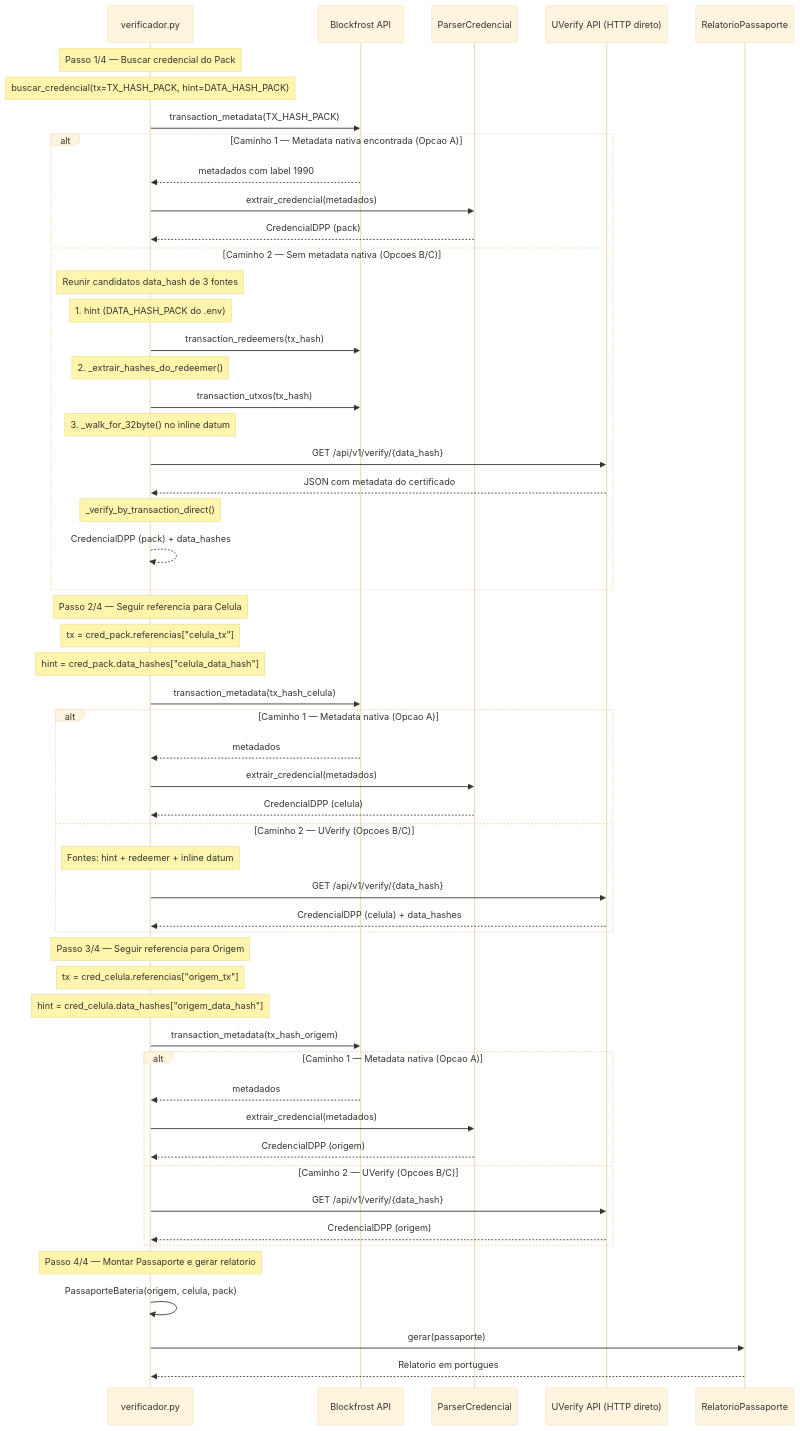
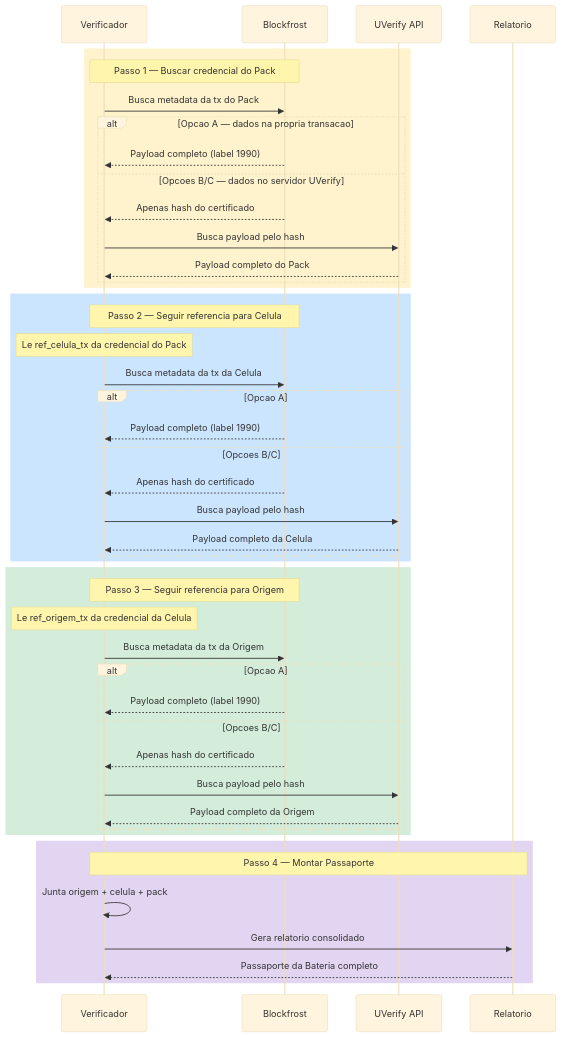
One commit to darlisagc/cardano-battery-passport changed the fourth of 5 diagrams in arquitetura-dpp.md. Above: the diagram before and after it, drawn with Mermaid (base theme).

Commit message:
Rewrite verificador sequence diagram with descriptive labels and colors
Replaced function names and internal variables with plain language
descriptions and color-coded sections for each verification step.

````diff
--- a/arquitetura-dpp.md
+++ b/arquitetura-dpp.md
@@ -259,60 +259,52 @@
 ```mermaid
 sequenceDiagram
-    participant V as verificador.py
-    participant BF as Blockfrost API
-    participant PC as ParserCredencial
-    participant UV as UVerify API (HTTP direto)
-    participant R as RelatorioPassaporte
+    participant V as Verificador
+    participant BF as Blockfrost
+    participant UV as UVerify API
+    participant R as Relatorio
 
-    Note over V: Passo 1/4 — Buscar credencial do Pack
-    Note over V: buscar_credencial(tx=TX_HASH_PACK, hint=DATA_HASH_PACK)
-    V->>BF: transaction_metadata(TX_HASH_PACK)
-    alt Caminho 1 — Metadata nativa encontrada (Opcao A)
-        BF-->>V: metadados com label 1990
-        V->>PC: extrair_credencial(metadados)
-        PC-->>V: CredencialDPP (pack)
-    else Caminho 2 — Sem metadata nativa (Opcoes B/C)
-        Note over V: Reunir candidatos data_hash de 3 fontes
-        Note over V: 1. hint (DATA_HASH_PACK do .env)
-        V->>BF: transaction_redeemers(tx_hash)
-        Note over V: 2. _extrair_hashes_do_redeemer()
-        V->>BF: transaction_utxos(tx_hash)
-        Note over V: 3. _walk_for_32byte() no inline datum
-        V->>UV: GET /api/v1/verify/{data_hash}
-        UV-->>V: JSON com metadata do certificado
-        Note over V: _verify_by_transaction_direct()
-        V-->>V: CredencialDPP (pack) + data_hashes
+    rect rgb(255, 243, 205)
+    Note over V,BF: Passo 1 — Buscar credencial do Pack
+    V->>BF: Busca metadata da tx do Pack
+    alt Opcao A — dados na propria transacao
+        BF-->>V: Payload completo (label 1990)
+    else Opcoes B/C — dados no servidor UVerify
+        BF-->>V: Apenas hash do certificado
+        V->>UV: Busca payload pelo hash
+        UV-->>V: Payload completo do Pack
+    end
     end
 
-    Note over V: Passo 2/4 — Seguir referencia para Celula
-    Note over V: tx = cred_pack.referencias["celula_tx"]
-    Note over V: hint = cred_pack.data_hashes["celula_data_hash"]
-    V->>BF: transaction_metadata(tx_hash_celula)
-    alt Caminho 1 — Metadata nativa (Opcao A)
-        BF-->>V: metadados
-        V->>PC: extrair_credencial(metadados)
-        PC-->>V: CredencialDPP (celula)
-    else Caminho 2 — UVerify (Opcoes B/C)
-        Note over V: Fontes: hint + redeemer + inline datum
-        V->>UV: GET /api/v1/verify/{data_hash}
-        UV-->>V: CredencialDPP (celula) + data_hashes
+    rect rgb(204, 229, 255)
+    Note over V,BF: Passo 2 — Seguir referencia para Celula
+    Note over V: Le ref_celula_tx da credencial do Pack
+    V->>BF: Busca metadata da tx da Celula
+    alt Opcao A
+        BF-->>V: Payload completo (label 1990)
+    else Opcoes B/C
+        BF-->>V: Apenas hash do certificado
+        V->>UV: Busca payload pelo hash
+        UV-->>V: Payload completo da Celula
+    end
     end
 
-    Note over V: Passo 3/4 — Seguir referencia para Origem
-    Note over V: tx = cred_celula.referencias["origem_tx"]
-    Note over V: hint = cred_celula.data_hashes["origem_data_hash"]
-    V->>BF: transaction_metadata(tx_hash_origem)
-    alt Caminho 1 — Metadata nativa (Opcao A)
-        BF-->>V: metadados
-        V->>PC: extrair_credencial(metadados)
-        PC-->>V: CredencialDPP (origem)
-    else Caminho 2 — UVerify (Opcoes B/C)
-        V->>UV: GET /api/v1/verify/{data_hash}
-        UV-->>V: CredencialDPP (origem)
+    rect rgb(212, 237, 218)
+    Note over V,BF: Passo 3 — Seguir referencia para Origem
+    Note over V: Le ref_origem_tx da credencial da Celula
+    V->>BF: Busca metadata da tx da Origem
+    alt Opcao A
+        BF-->>V: Payload completo (label 1990)
+    else Opcoes B/C
+        BF-->>V: Apenas hash do certificado
+        V->>UV: Busca payload pelo hash
+        UV-->>V: Payload completo da Origem
+    end
     end
 
-    Note over V: Passo 4/4 — Montar Passaporte e gerar relatorio
-    V->>V: PassaporteBateria(origem, celula, pack)
-    V->>R: gerar(passaporte)
-    R-->>V: Relatorio em portugues
+    rect rgb(226, 213, 241)
+    Note over V,R: Passo 4 — Montar Passaporte
+    V->>V: Junta origem + celula + pack
+    V->>R: Gera relatorio consolidado
+    R-->>V: Passaporte da Bateria completo
+    end
 ```
````
